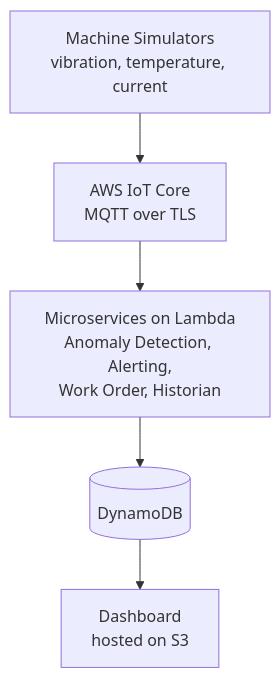
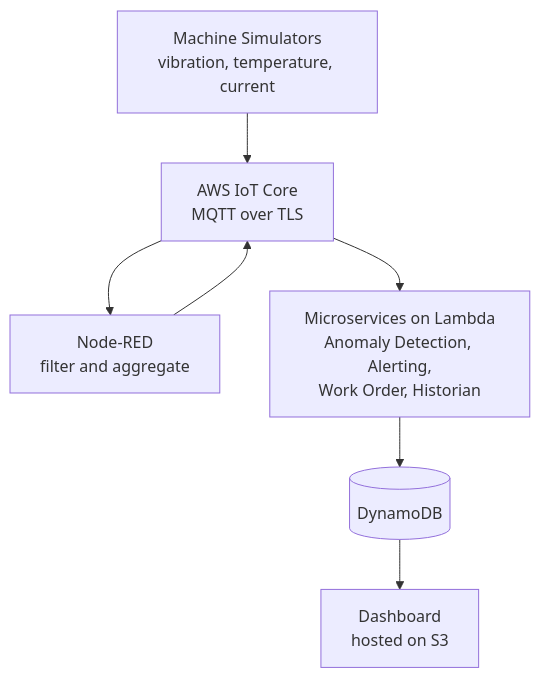
The diagram in README.md (vorandavenukgalhenage-lgtm/smartmaintaince), drawn with Mermaid before and after one commit. The commit also changed other lines of this file and 1 other file, not shown here.

Commit message:
Add Node-RED flow export and final README

````diff
--- a/README.md
+++ b/README.md
@@ -15,13 +15,16 @@
 ```mermaid
 flowchart TD
     SIM["Machine Simulators<br/>vibration, temperature, current"]
     IOT["AWS IoT Core<br/>MQTT over TLS"]
+    NR["Node-RED<br/>filter and aggregate"]
     MS["Microservices on Lambda<br/>Anomaly Detection, Alerting,<br/>Work Order, Historian"]
     DDB[("DynamoDB")]
     DASH["Dashboard<br/>hosted on S3"]
 
     SIM --> IOT
+    IOT --> NR
+    NR --> IOT
     IOT --> MS
     MS --> DDB
     DDB --> DASH
 ```
````
